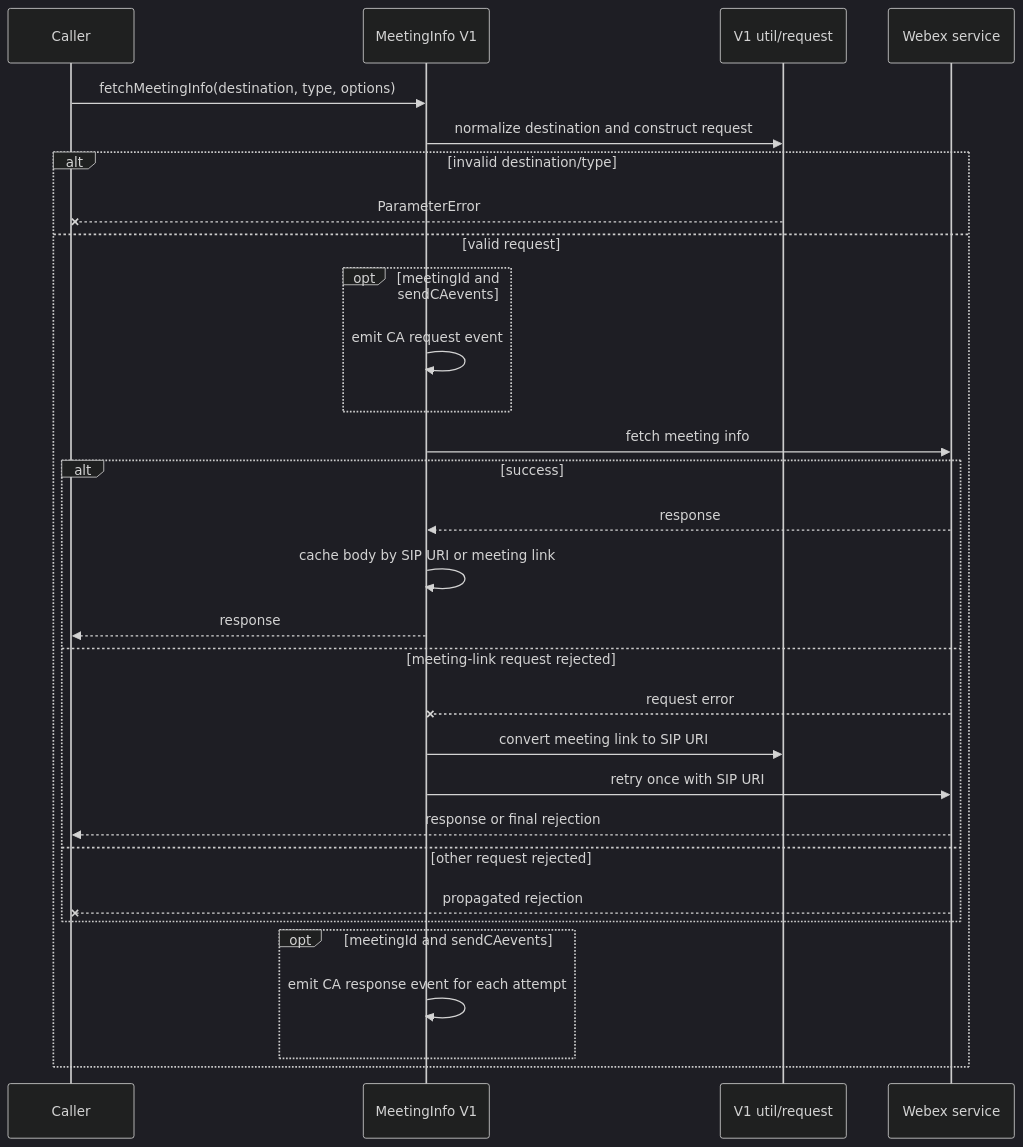
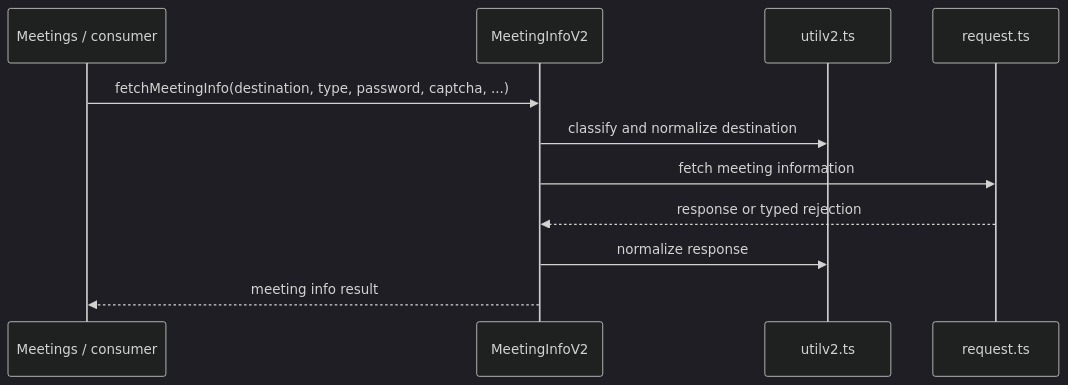
One commit to webex/webex-js-sdk changed the second of 4 diagrams in packages/@webex/plugin-meetings/src/meeting-info/ai-docs/meeting-info-spec.md. Above: the diagram before and after it, drawn with Mermaid (dark theme). The commit also changed other lines of this file and 26 other files, not shown here.

````diff
--- a/packages/@webex/plugin-meetings/src/meeting-info/ai-docs/meeting-info-spec.md
+++ b/packages/@webex/plugin-meetings/src/meeting-info/ai-docs/meeting-info-spec.md
@@ -126,32 +127,13 @@
 ```mermaid
 sequenceDiagram
-  participant C as Caller
-  participant V1 as MeetingInfo V1
-  participant U as V1 util/request
-  participant W as Webex service
-  C->>V1: fetchMeetingInfo(destination, type, options)
-  V1->>U: normalize destination and construct request
-  alt invalid destination/type
-    U--xC: ParameterError
-  else valid request
-    opt meetingId and sendCAevents
-      V1->>V1: emit CA request event
-    end
-    V1->>W: fetch meeting info
-    alt success
-      W-->>V1: response
-      V1->>V1: cache body by SIP URI or meeting link
-      V1-->>C: response
-    else meeting-link request rejected
-      W--xV1: request error
-      V1->>U: convert meeting link to SIP URI
-      V1->>W: retry once with SIP URI
-      W-->>C: response or final rejection
-    else other request rejected
-      W--xC: propagated rejection
-    end
-    opt meetingId and sendCAevents
-      V1->>V1: emit CA response event for each attempt
-    end
-  end
+  participant C as Meetings / consumer
+  participant V as MeetingInfoV2
+  participant U as utilv2.ts
+  participant R as request.ts
+  C->>V: fetchMeetingInfo(destination, type, password, captcha, ...)
+  V->>U: classify and normalize destination
+  V->>R: fetch meeting information
+  R-->>V: response or typed rejection
+  V->>U: normalize response
+  V-->>C: meeting info result
 ```
````
